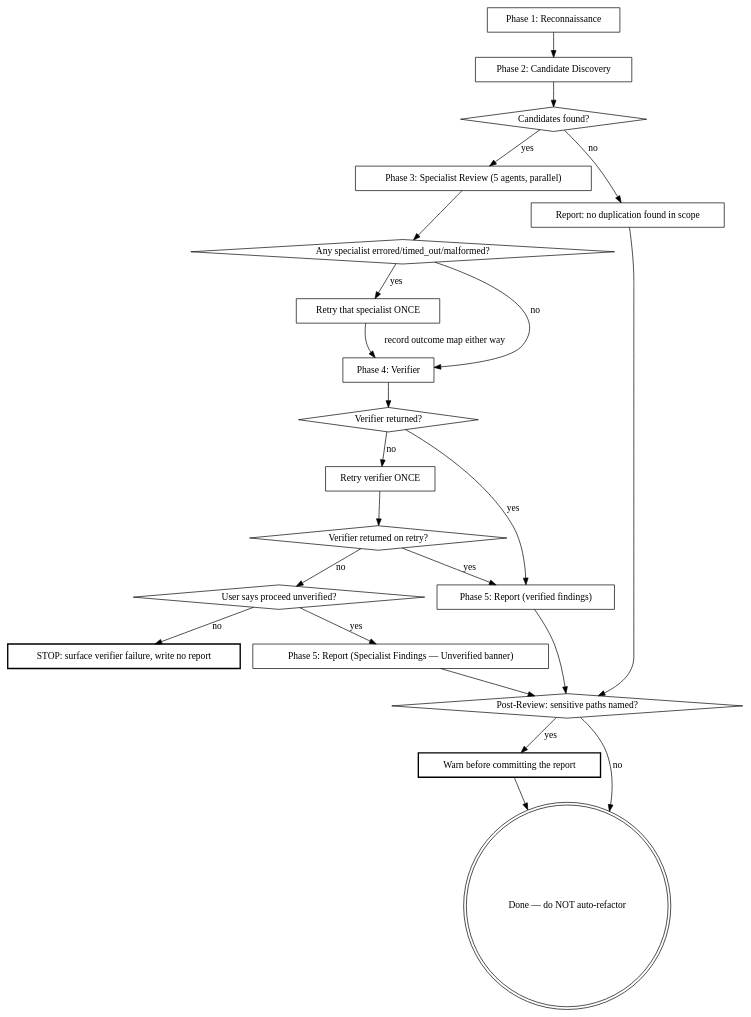
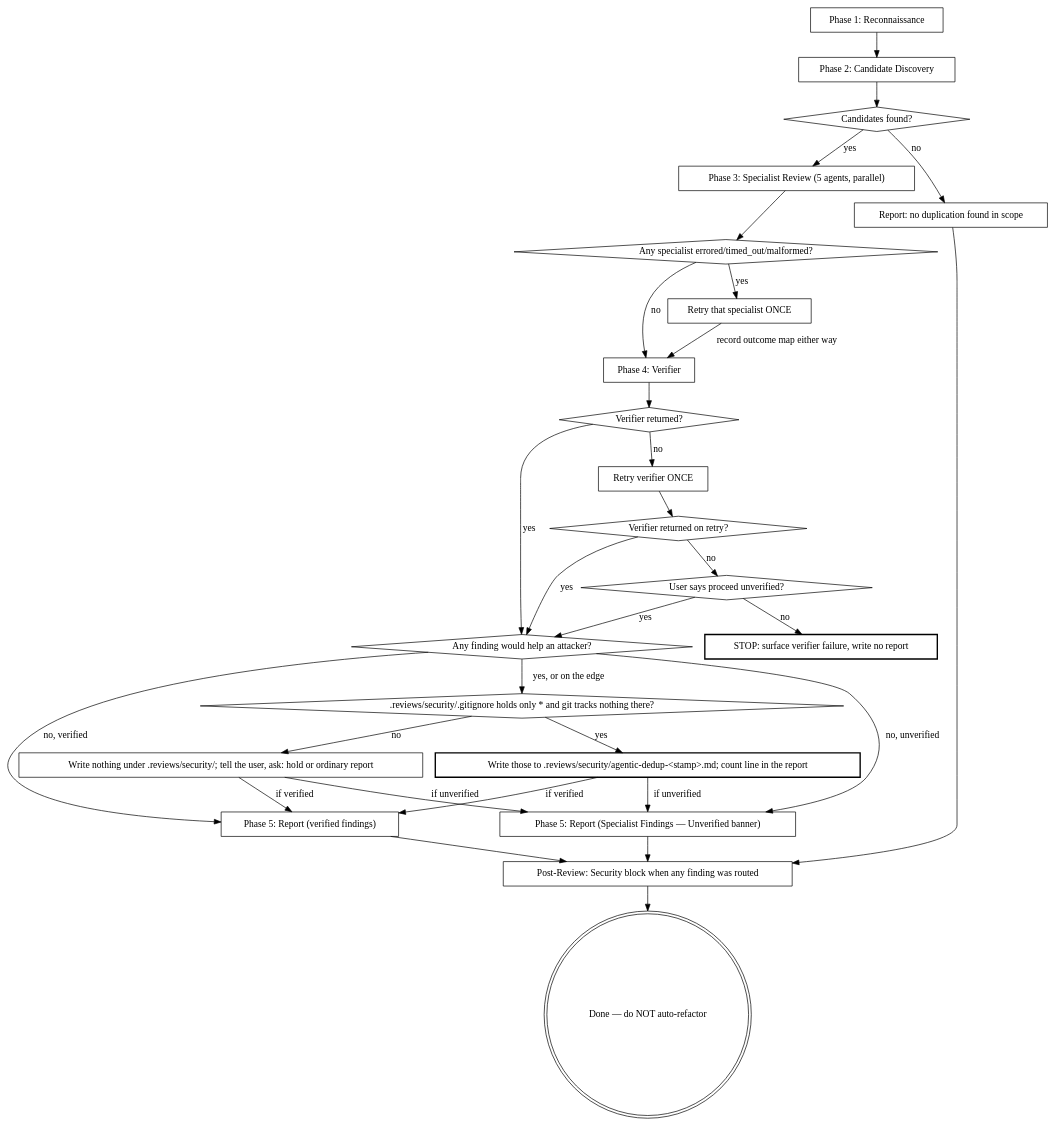
The second of 2 diagrams in kiro_and_antigravity/skills/.kiro/skills/agentic-dedup/SKILL.md (Ovid/paad), drawn with Graphviz before and after one commit. The commit also changed other lines of this file and 71 other files, not shown here.

````diff
--- a/kiro_and_antigravity/skills/.kiro/skills/agentic-dedup/SKILL.md
+++ b/kiro_and_antigravity/skills/.kiro/skills/agentic-dedup/SKILL.md
@@ -43,45 +47,55 @@
 ```dot
 digraph session {
   "Phase 1: Reconnaissance" [shape=box];
   "Phase 2: Candidate Discovery" [shape=box];
   "Candidates found?" [shape=diamond];
   "Phase 3: Specialist Review (5 agents, parallel)" [shape=box];
   "Any specialist errored/timed_out/malformed?" [shape=diamond];
   "Retry that specialist ONCE" [shape=box];
   "Phase 4: Verifier" [shape=box];
   "Verifier returned?" [shape=diamond];
   "Retry verifier ONCE" [shape=box];
   "Verifier returned on retry?" [shape=diamond];
   "User says proceed unverified?" [shape=diamond];
   "STOP: surface verifier failure, write no report" [shape=box, style=bold];
   "Phase 5: Report (verified findings)" [shape=box];
   "Phase 5: Report (Specialist Findings — Unverified banner)" [shape=box];
   "Report: no duplication found in scope" [shape=box];
-  "Post-Review: sensitive paths named?" [shape=diamond];
-  "Warn before committing the report" [shape=box, style=bold];
+  "Any finding would help an attacker?" [shape=diamond];
+  "Write those to .reviews/security/agentic-dedup-<stamp>.md; count line in the report" [shape=box, style=bold];
+  ".reviews/security/.gitignore holds only * and git tracks nothing there?" [shape=diamond];
+  "Write nothing under .reviews/security/; tell the user, ask: hold or ordinary report" [shape=box];
+  "Post-Review: Security block when any finding was routed" [shape=box];
   "Done — do NOT auto-refactor" [shape=doublecircle];
 
   "Phase 1: Reconnaissance" -> "Phase 2: Candidate Discovery";
   "Phase 2: Candidate Discovery" -> "Candidates found?";
   "Candidates found?" -> "Report: no duplication found in scope" [label="no"];
   "Candidates found?" -> "Phase 3: Specialist Review (5 agents, parallel)" [label="yes"];
   "Phase 3: Specialist Review (5 agents, parallel)" -> "Any specialist errored/timed_out/malformed?";
   "Any specialist errored/timed_out/malformed?" -> "Retry that specialist ONCE" [label="yes"];
   "Retry that specialist ONCE" -> "Phase 4: Verifier" [label="record outcome map either way"];
   "Any specialist errored/timed_out/malformed?" -> "Phase 4: Verifier" [label="no"];
   "Phase 4: Verifier" -> "Verifier returned?";
-  "Verifier returned?" -> "Phase 5: Report (verified findings)" [label="yes"];
+  "Verifier returned?" -> "Any finding would help an attacker?" [label="yes"];
   "Verifier returned?" -> "Retry verifier ONCE" [label="no"];
   "Retry verifier ONCE" -> "Verifier returned on retry?";
-  "Verifier returned on retry?" -> "Phase 5: Report (verified findings)" [label="yes"];
+  "Verifier returned on retry?" -> "Any finding would help an attacker?" [label="yes"];
   "Verifier returned on retry?" -> "User says proceed unverified?" [label="no"];
-  "User says proceed unverified?" -> "Phase 5: Report (Specialist Findings — Unverified banner)" [label="yes"];
+  "User says proceed unverified?" -> "Any finding would help an attacker?" [label="yes"];
   "User says proceed unverified?" -> "STOP: surface verifier failure, write no report" [label="no"];
-  "Report: no duplication found in scope" -> "Post-Review: sensitive paths named?";
-  "Phase 5: Report (verified findings)" -> "Post-Review: sensitive paths named?";
-  "Phase 5: Report (Specialist Findings — Unverified banner)" -> "Post-Review: sensitive paths named?";
-  "Post-Review: sensitive paths named?" -> "Warn before committing the report" [label="yes"];
-  "Post-Review: sensitive paths named?" -> "Done — do NOT auto-refactor" [label="no"];
-  "Warn before committing the report" -> "Done — do NOT auto-refactor";
+  "Any finding would help an attacker?" -> ".reviews/security/.gitignore holds only * and git tracks nothing there?" [label="yes, or on the edge"];
+  "Any finding would help an attacker?" -> "Phase 5: Report (verified findings)" [label="no, verified"];
+  "Any finding would help an attacker?" -> "Phase 5: Report (Specialist Findings — Unverified banner)" [label="no, unverified"];
+  "Write those to .reviews/security/agentic-dedup-<stamp>.md; count line in the report" -> "Phase 5: Report (verified findings)" [label="if verified"];
+  "Write those to .reviews/security/agentic-dedup-<stamp>.md; count line in the report" -> "Phase 5: Report (Specialist Findings — Unverified banner)" [label="if unverified"];
+  ".reviews/security/.gitignore holds only * and git tracks nothing there?" -> "Write those to .reviews/security/agentic-dedup-<stamp>.md; count line in the report" [label="yes"];
+  ".reviews/security/.gitignore holds only * and git tracks nothing there?" -> "Write nothing under .reviews/security/; tell the user, ask: hold or ordinary report" [label="no"];
+  "Write nothing under .reviews/security/; tell the user, ask: hold or ordinary report" -> "Phase 5: Report (verified findings)" [label="if verified"];
+  "Write nothing under .reviews/security/; tell the user, ask: hold or ordinary report" -> "Phase 5: Report (Specialist Findings — Unverified banner)" [label="if unverified"];
+  "Report: no duplication found in scope" -> "Post-Review: Security block when any finding was routed";
+  "Phase 5: Report (verified findings)" -> "Post-Review: Security block when any finding was routed";
+  "Phase 5: Report (Specialist Findings — Unverified banner)" -> "Post-Review: Security block when any finding was routed";
+  "Post-Review: Security block when any finding was routed" -> "Done — do NOT auto-refactor";
 }
 ```
````
